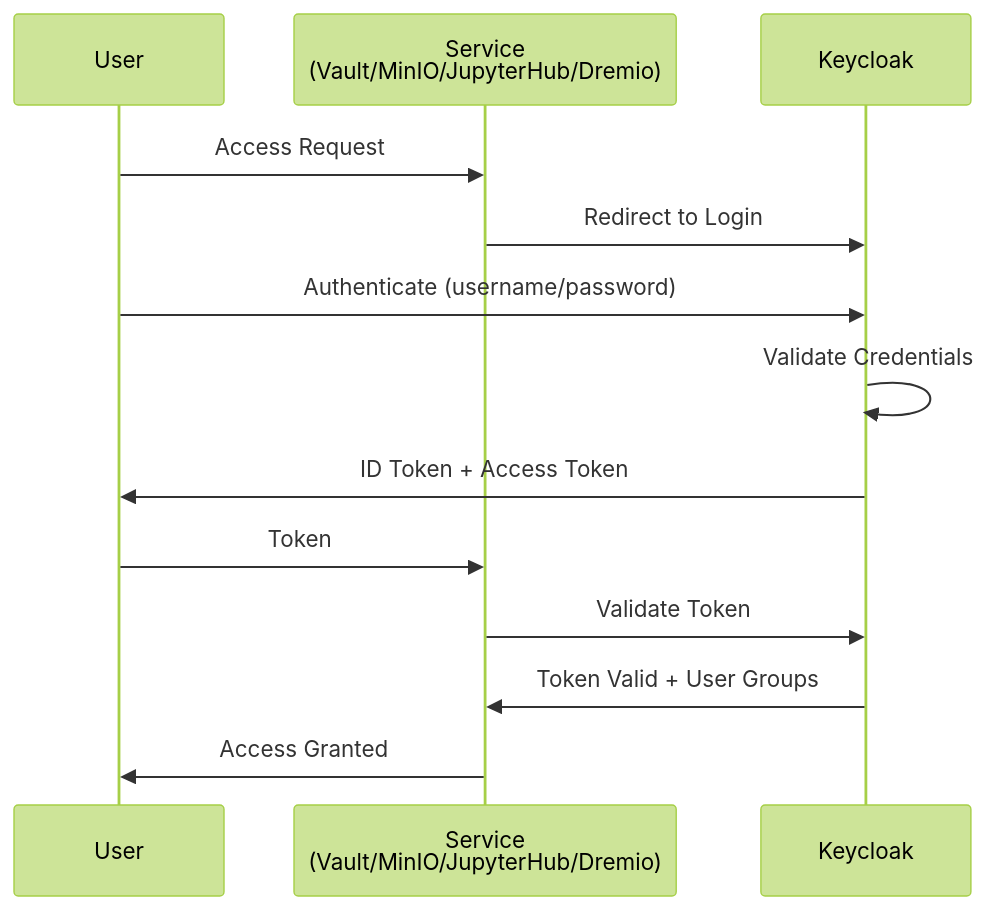
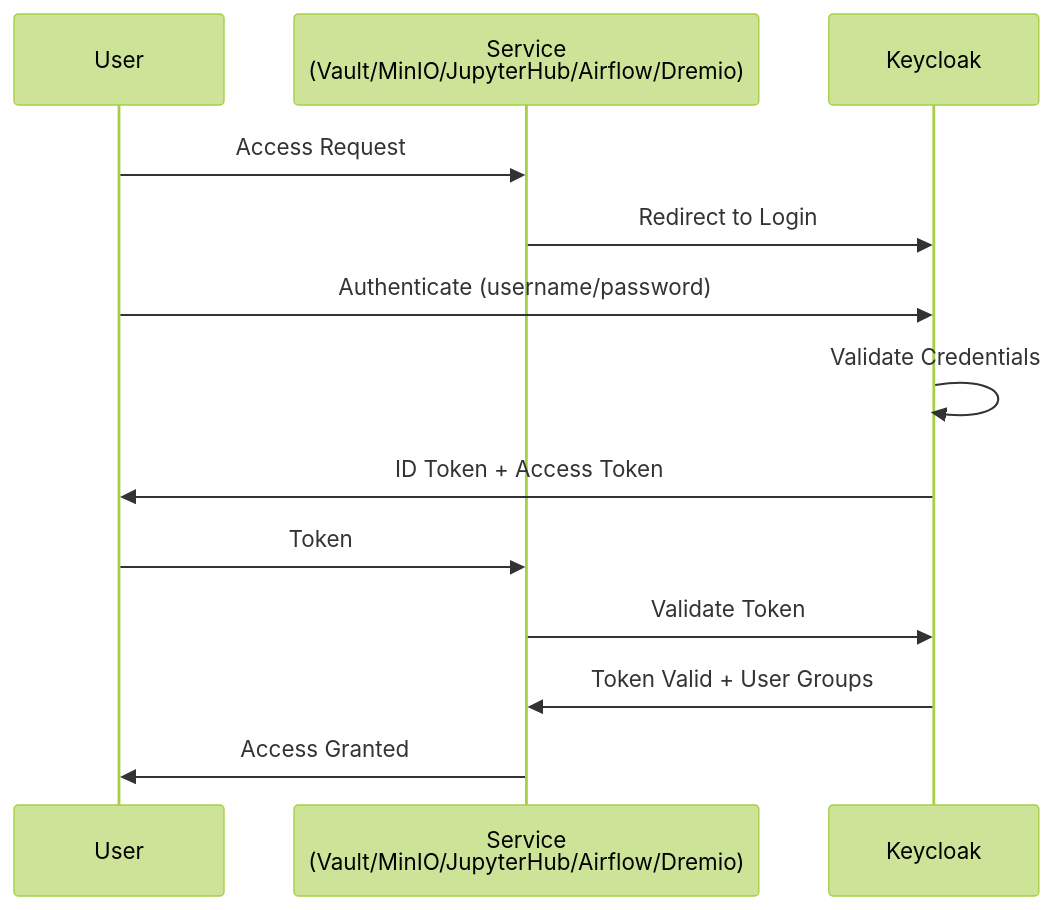
Before and after one commit to rammi-dev/dremio-platform1: the second of 9 diagrams in docs/ARCHITECTURE.md, drawn with Mermaid (forest theme). The commit also changed other lines of this file and 10 other files, not shown here.

````diff
--- a/docs/ARCHITECTURE.md
+++ b/docs/ARCHITECTURE.md
@@ -94,16 +101,16 @@
 ```mermaid
 sequenceDiagram
     participant User
-    participant Service as Service<br/>(Vault/MinIO/JupyterHub/Dremio)
+    participant Service as Service<br/>(Vault/MinIO/JupyterHub/Airflow/Dremio)
     participant KC as Keycloak
     
     User->>Service: Access Request
     Service->>KC: Redirect to Login
     User->>KC: Authenticate (username/password)
     KC->>KC: Validate Credentials
     KC->>User: ID Token + Access Token
     User->>Service: Token
     Service->>KC: Validate Token
     KC->>Service: Token Valid + User Groups
     Service->>User: Access Granted
 ```
````
